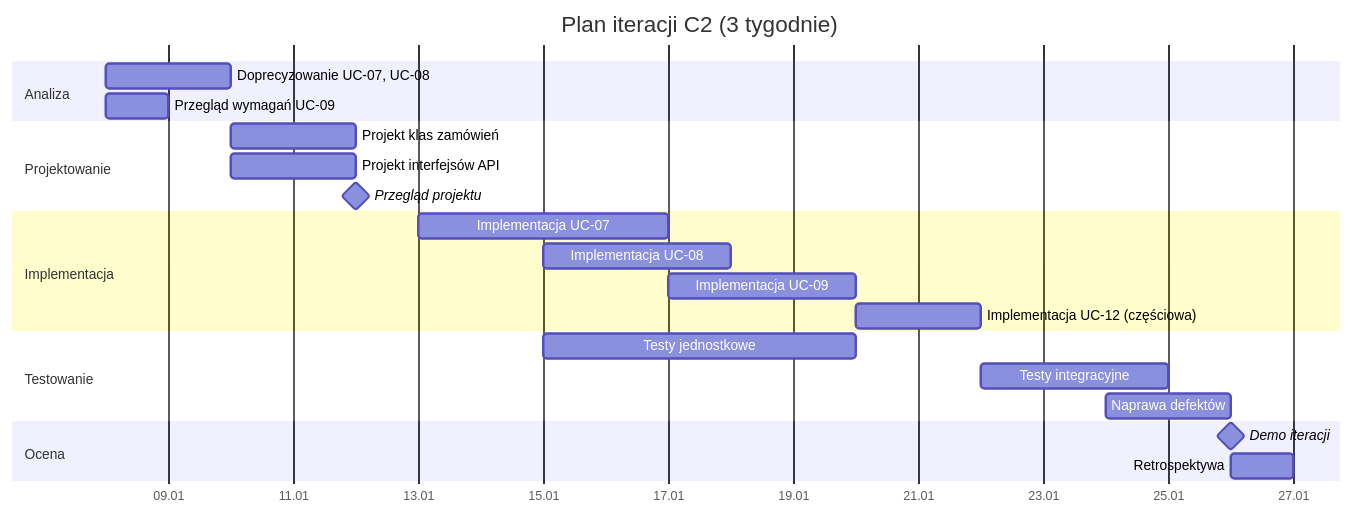
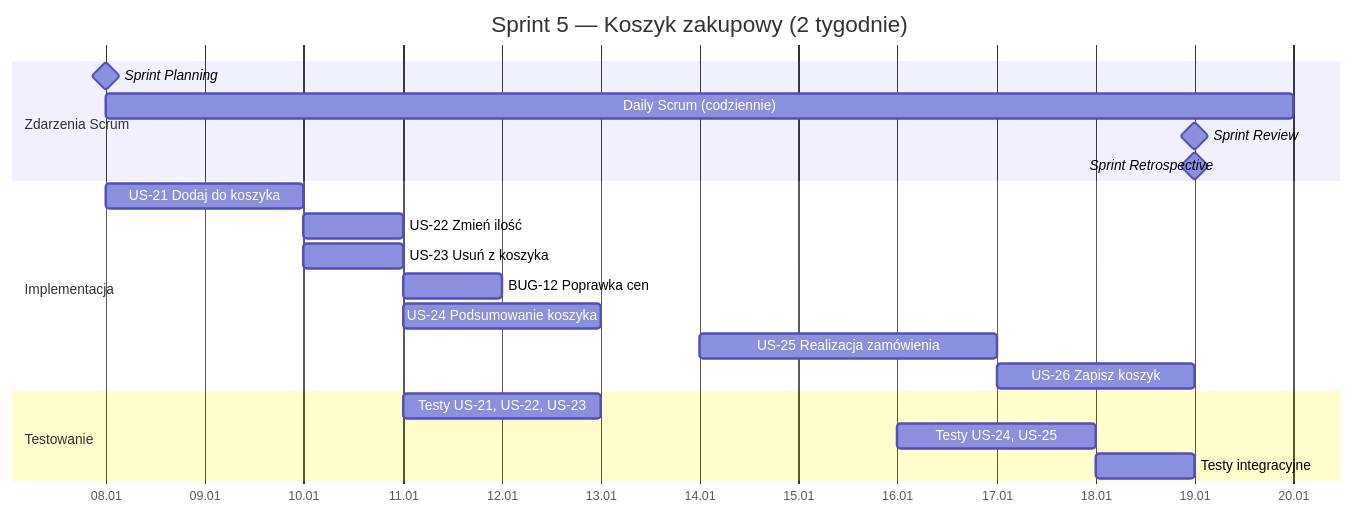
One commit to prazny/ex-knowledge changed the second of 2 diagrams in 12-metodyka-rup.md. Above: the diagram before and after it, drawn with Mermaid. The commit also changed other lines of this file, not shown here.

Commit message:
RUP to Scrum

````diff
--- a/12-metodyka-rup.md
+++ b/12-metodyka-rup.md
@@ -309,30 +153,26 @@
 ```mermaid
 gantt
-    title Plan iteracji C2 (3 tygodnie)
+    title Sprint 5 — Koszyk zakupowy (2 tygodnie)
     dateFormat  YYYY-MM-DD
     axisFormat  %d.%m
 
-    section Analiza
-    Doprecyzowanie UC-07, UC-08    :a1, 2024-01-08, 2d
-    Przegląd wymagań UC-09         :a2, 2024-01-08, 1d
-
-    section Projektowanie
-    Projekt klas zamówień          :d1, 2024-01-10, 2d
-    Projekt interfejsów API        :d2, 2024-01-10, 2d
-    Przegląd projektu              :milestone, d3, 2024-01-12, 0d
+    section Zdarzenia Scrum
+    Sprint Planning          :milestone, sp, 2024-01-08, 0d
+    Daily Scrum (codziennie) :ds, 2024-01-08, 12d
+    Sprint Review            :milestone, sr, 2024-01-19, 0d
+    Sprint Retrospective     :milestone, ret, 2024-01-19, 0d
 
     section Implementacja
-    Implementacja UC-07            :i1, 2024-01-13, 4d
-    Implementacja UC-08            :i2, 2024-01-15, 3d
-    Implementacja UC-09            :i3, 2024-01-17, 3d
-    Implementacja UC-12 (częściowa):i4, 2024-01-20, 2d
+    US-21 Dodaj do koszyka     :us21, 2024-01-08, 2d
+    US-22 Zmień ilość          :us22, 2024-01-10, 1d
+    US-23 Usuń z koszyka       :us23, 2024-01-10, 1d
+    BUG-12 Poprawka cen        :bug12, 2024-01-11, 1d
+    US-24 Podsumowanie koszyka :us24, 2024-01-11, 2d
+    US-25 Realizacja zamówienia:us25, 2024-01-14, 3d
+    US-26 Zapisz koszyk        :us26, 2024-01-17, 2d
 
     section Testowanie
-    Testy jednostkowe              :t1, 2024-01-15, 5d
-    Testy integracyjne             :t2, 2024-01-22, 3d
-    Naprawa defektów               :t3, 2024-01-24, 2d
-
-    section Ocena
-    Demo iteracji                  :milestone, e1, 2024-01-26, 0d
-    Retrospektywa                  :e2, 2024-01-26, 1d
+    Testy US-21, US-22, US-23  :t1, 2024-01-11, 2d
+    Testy US-24, US-25         :t2, 2024-01-16, 2d
+    Testy integracyjne         :t3, 2024-01-18, 1d
 ```
````
